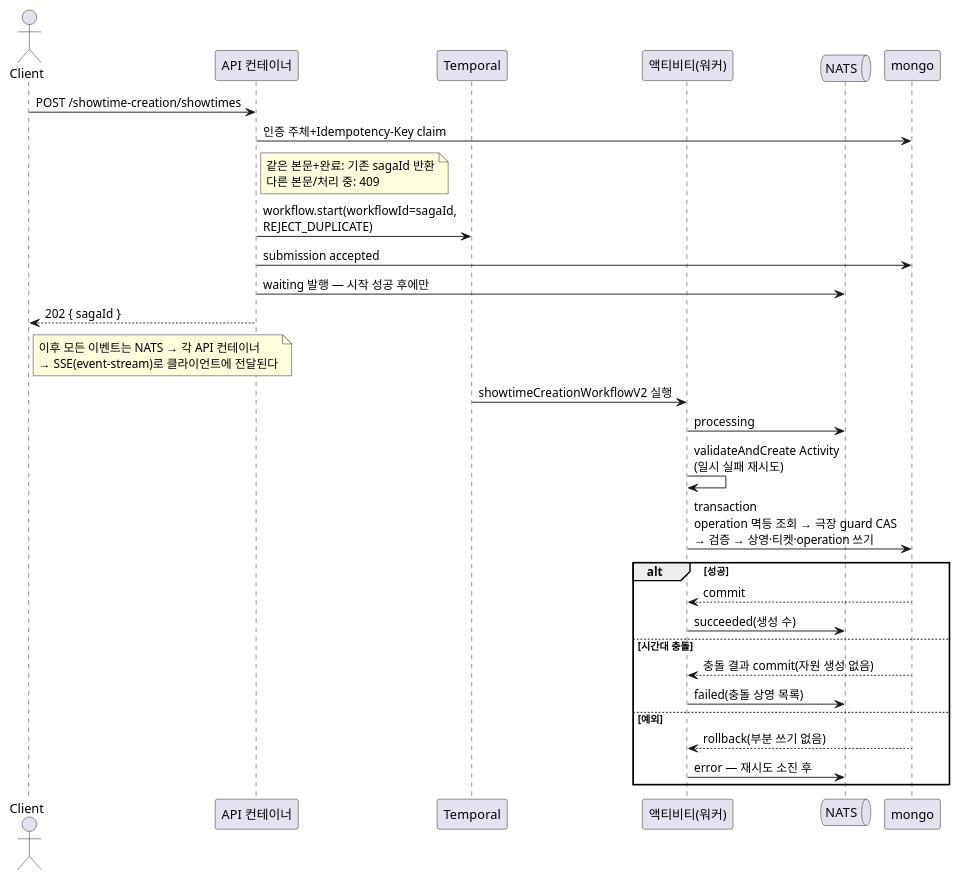
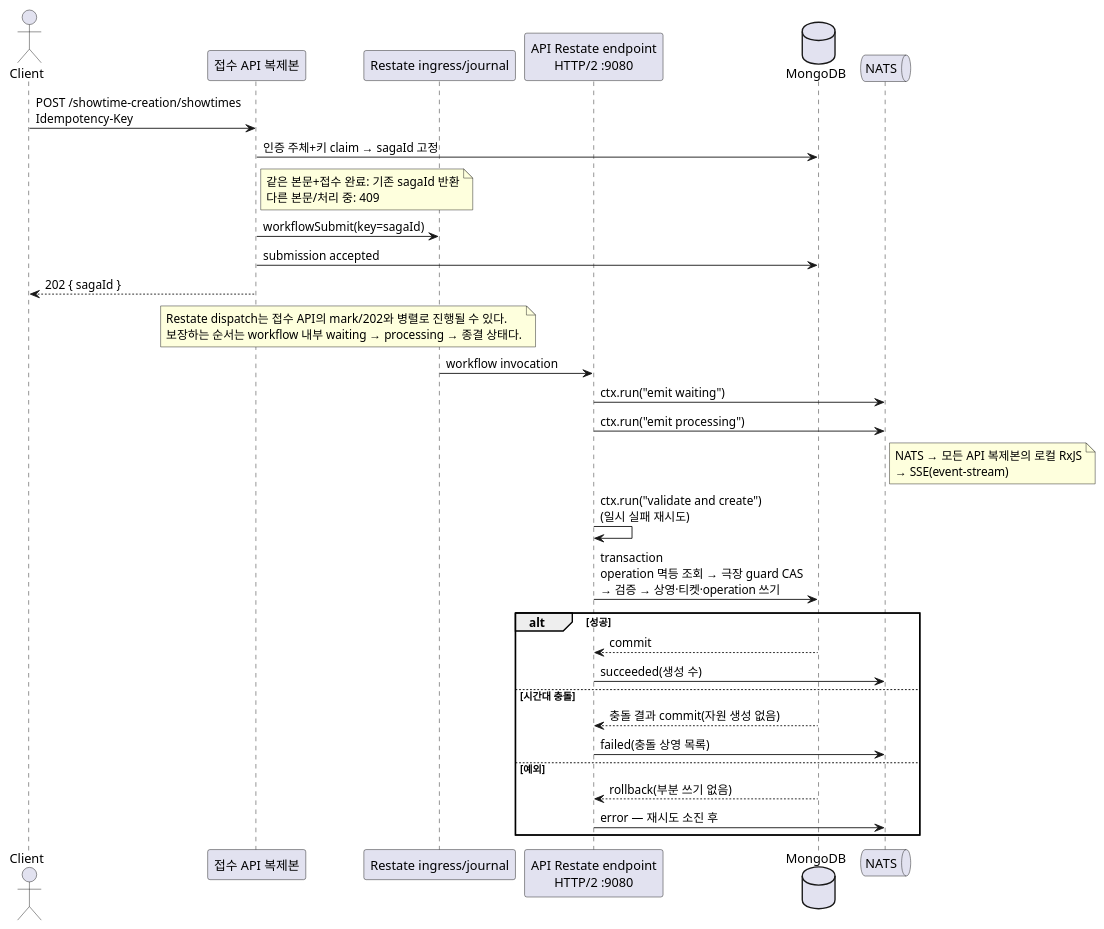
The second of 2 diagrams in docs/apps.md (mannercode/nest-seed), drawn with PlantUML before and after one commit. The commit also changed other lines of this file and 116 other files, not shown here.

Commit message:
refactor(workflow): replace temporal with restate

````diff
--- a/docs/apps.md
+++ b/docs/apps.md
@@ -225,39 +228,44 @@
 ```plantuml
 @startuml
 actor Client
-participant "API 컨테이너" as API
-participant Temporal
-participant "액티비티(워커)" as Worker
+participant "접수 API 복제본" as API
+participant "Restate ingress/journal" as Restate
+participant "API Restate endpoint\nHTTP/2 :9080" as Endpoint
+database MongoDB as mongo
 queue NATS
 
-Client -> API: POST /showtime-creation/showtimes
-API -> mongo: 인증 주체+Idempotency-Key claim
+Client -> API: POST /showtime-creation/showtimes\nIdempotency-Key
+API -> mongo: 인증 주체+키 claim → sagaId 고정
 note right of API
-  같은 본문+완료: 기존 sagaId 반환
+  같은 본문+접수 완료: 기존 sagaId 반환
   다른 본문/처리 중: 409
 end note
-API -> Temporal: workflow.start(workflowId=sagaId,\nREJECT_DUPLICATE)
+API -> Restate: workflowSubmit(key=sagaId)
 API -> mongo: submission accepted
-API -> NATS: waiting 발행 — 시작 성공 후에만
 API --> Client: 202 { sagaId }
-note right of Client
-  이후 모든 이벤트는 NATS → 각 API 컨테이너
-  → SSE(event-stream)로 클라이언트에 전달된다
+note over API, Restate
+  Restate dispatch는 접수 API의 mark/202와 병렬로 진행될 수 있다.
+  보장하는 순서는 workflow 내부 waiting → processing → 종결 상태다.
 end note
 
-Temporal -> Worker: showtimeCreationWorkflowV2 실행
-Worker -> NATS: processing
-Worker -> Worker: validateAndCreate Activity\n(일시 실패 재시도)
-Worker -> mongo: transaction\noperation 멱등 조회 → 극장 guard CAS\n→ 검증 → 상영·티켓·operation 쓰기
+Restate -> Endpoint: workflow invocation
+Endpoint -> NATS: ctx.run("emit waiting")
+Endpoint -> NATS: ctx.run("emit processing")
+note right of NATS
+  NATS → 모든 API 복제본의 로컬 RxJS
+  → SSE(event-stream)
+end note
+Endpoint -> Endpoint: ctx.run("validate and create")\n(일시 실패 재시도)
+Endpoint -> mongo: transaction\noperation 멱등 조회 → 극장 guard CAS\n→ 검증 → 상영·티켓·operation 쓰기
 alt 성공
-    mongo --> Worker: commit
-    Worker -> NATS: succeeded(생성 수)
+    mongo --> Endpoint: commit
+    Endpoint -> NATS: succeeded(생성 수)
 else 시간대 충돌
-    mongo --> Worker: 충돌 결과 commit(자원 생성 없음)
-    Worker -> NATS: failed(충돌 상영 목록)
+    mongo --> Endpoint: 충돌 결과 commit(자원 생성 없음)
+    Endpoint -> NATS: failed(충돌 상영 목록)
 else 예외
-    mongo --> Worker: rollback(부분 쓰기 없음)
-    Worker -> NATS: error — 재시도 소진 후
+    mongo --> Endpoint: rollback(부분 쓰기 없음)
+    Endpoint -> NATS: error — 재시도 소진 후
 end
 @enduml
 ```
````
